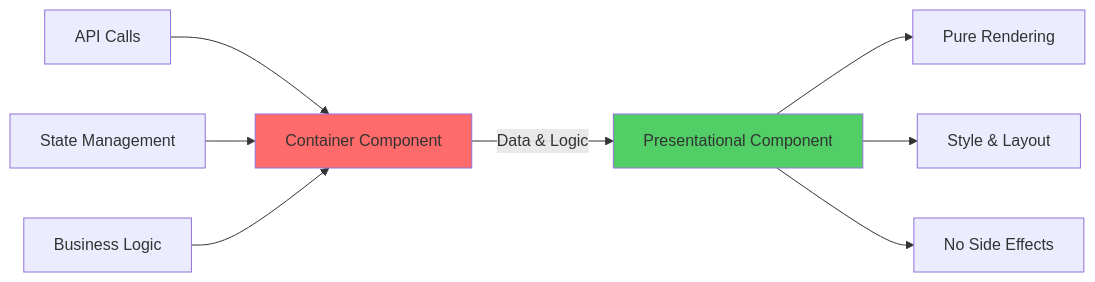
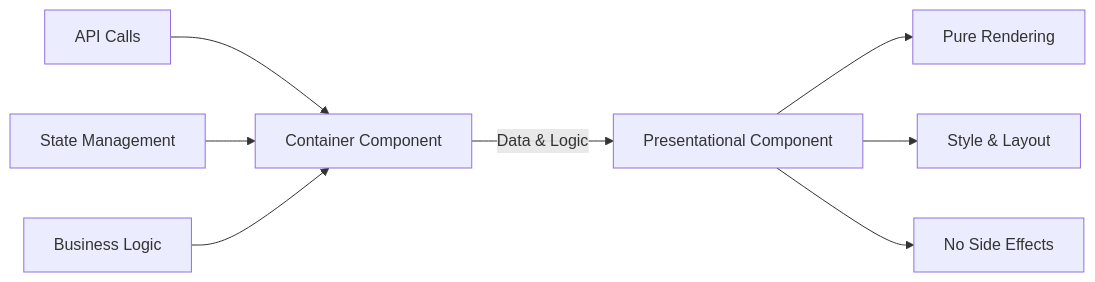
One commit to BabaScience/react-guides changed the seventh of 12 diagrams in arguments/chapters/03-component-patterns-best-practices.md. Above: the diagram before and after it, drawn with Mermaid. The commit also changed other lines of this file and 29 other files, not shown here.

First line of the commit message:
Bring React FR/IT translations to full English parity + theme-safe diagrams

````diff
--- a/arguments/chapters/03-component-patterns-best-practices.md
+++ b/arguments/chapters/03-component-patterns-best-practices.md
@@ -1112,15 +1092,13 @@
 ```mermaid
 graph LR
     A[Container Component] -->|Data & Logic| B[Presentational Component]
     
     C[API Calls] --> A
     D[State Management] --> A
     E[Business Logic] --> A
     
     B --> F[Pure Rendering]
     B --> G[Style & Layout]
     B --> H[No Side Effects]
     
-    style A fill:#ff6b6b
-    style B fill:#51cf66
 ```
````
